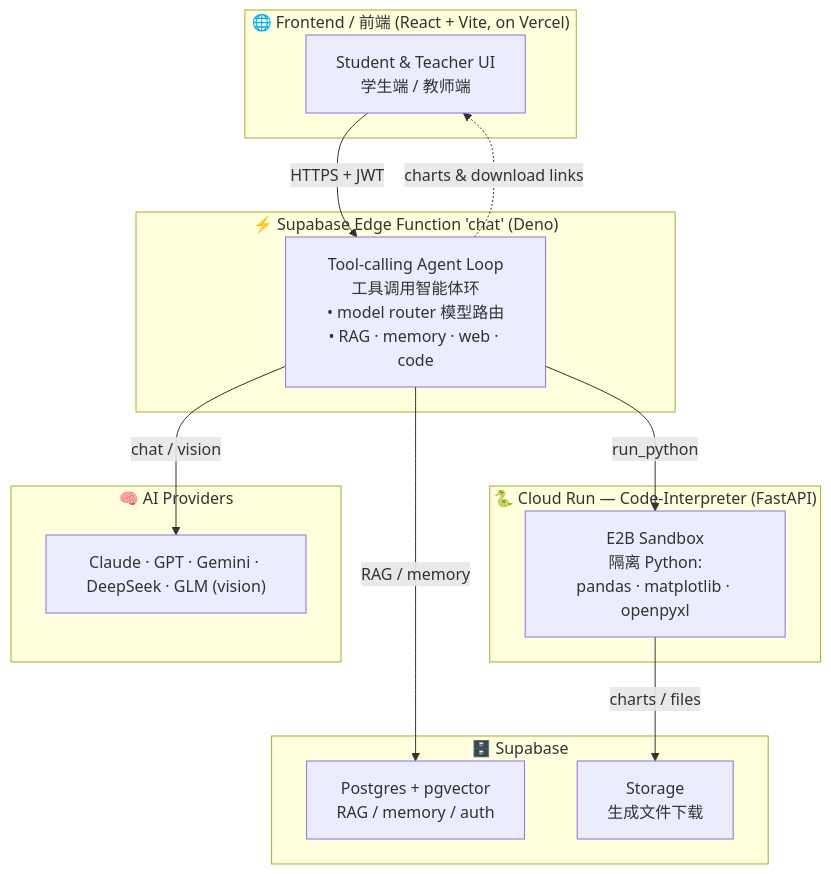
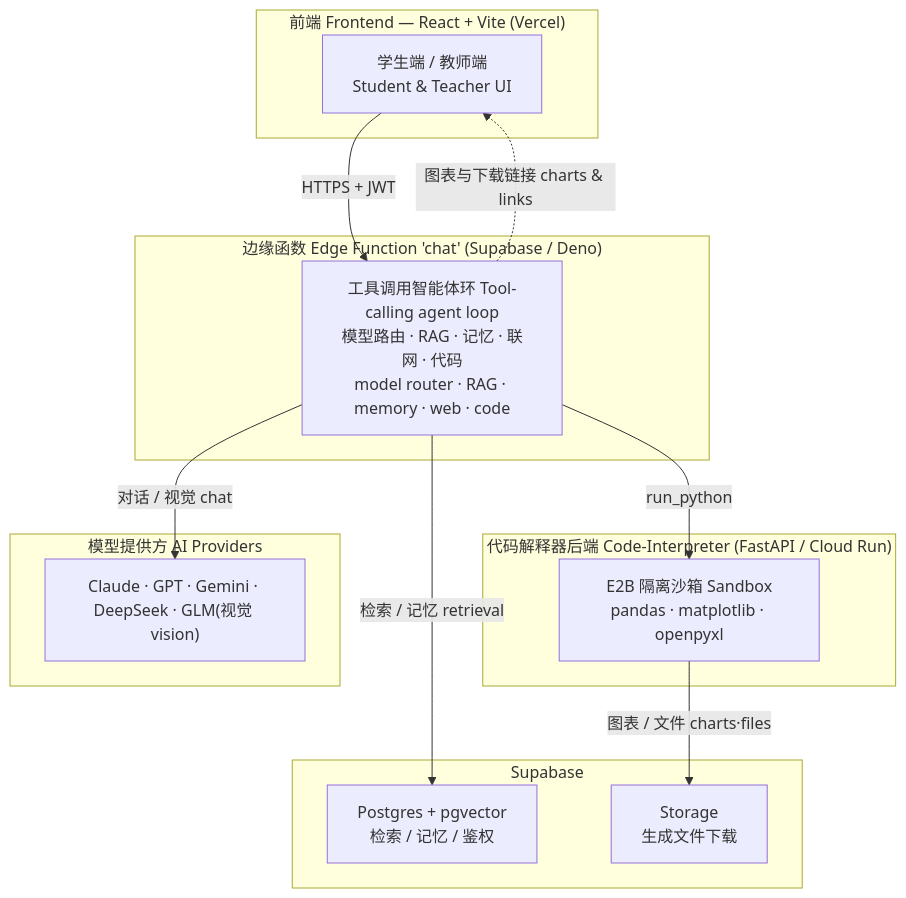
One commit to Youn-17/AI_academic_tutor changed the first of 4 diagrams in README.md. Above: the diagram before and after it, drawn with Mermaid. The commit also changed other lines of this file, not shown here.

````diff
--- a/README.md
+++ b/README.md
@@ -28,26 +35,26 @@
 ```mermaid
 flowchart TD
-    subgraph Client["🌐 Frontend / 前端 (React + Vite, on Vercel)"]
-        UI["Student & Teacher UI<br/>学生端 / 教师端"]
+    subgraph Client["前端 Frontend — React + Vite (Vercel)"]
+        UI["学生端 / 教师端<br/>Student & Teacher UI"]
     end
-    subgraph Edge["⚡ Supabase Edge Function 'chat' (Deno)"]
-        AGENT["Tool-calling Agent Loop<br/>工具调用智能体环<br/>• model router 模型路由<br/>• RAG · memory · web · code"]
+    subgraph Edge["边缘函数 Edge Function 'chat' (Supabase / Deno)"]
+        AGENT["工具调用智能体环 Tool-calling agent loop<br/>模型路由 · RAG · 记忆 · 联网 · 代码<br/>model router · RAG · memory · web · code"]
     end
-    subgraph Data["🗄️ Supabase"]
-        PG["Postgres + pgvector<br/>RAG / memory / auth"]
+    subgraph Data["Supabase"]
+        PG["Postgres + pgvector<br/>检索 / 记忆 / 鉴权"]
         ST["Storage<br/>生成文件下载"]
     end
-    subgraph Backend["🐍 Cloud Run — Code-Interpreter (FastAPI)"]
-        SBX["E2B Sandbox<br/>隔离 Python:<br/>pandas · matplotlib · openpyxl"]
+    subgraph Backend["代码解释器后端 Code-Interpreter (FastAPI / Cloud Run)"]
+        SBX["E2B 隔离沙箱 Sandbox<br/>pandas · matplotlib · openpyxl"]
     end
-    subgraph AI["🧠 AI Providers"]
-        LLM["Claude · GPT · Gemini · DeepSeek · GLM (vision)"]
+    subgraph AI["模型提供方 AI Providers"]
+        LLM["Claude · GPT · Gemini · DeepSeek · GLM(视觉 vision)"]
     end
 
     UI -->|HTTPS + JWT| AGENT
-    AGENT -->|RAG / memory| PG
-    AGENT -->|chat / vision| LLM
+    AGENT -->|检索 / 记忆 retrieval| PG
+    AGENT -->|对话 / 视觉 chat| LLM
     AGENT -->|run_python| SBX
-    SBX -->|charts / files| ST
-    AGENT -.charts & download links.-> UI
+    SBX -->|图表 / 文件 charts·files| ST
+    AGENT -.图表与下载链接 charts & links.-> UI
 ```
````
